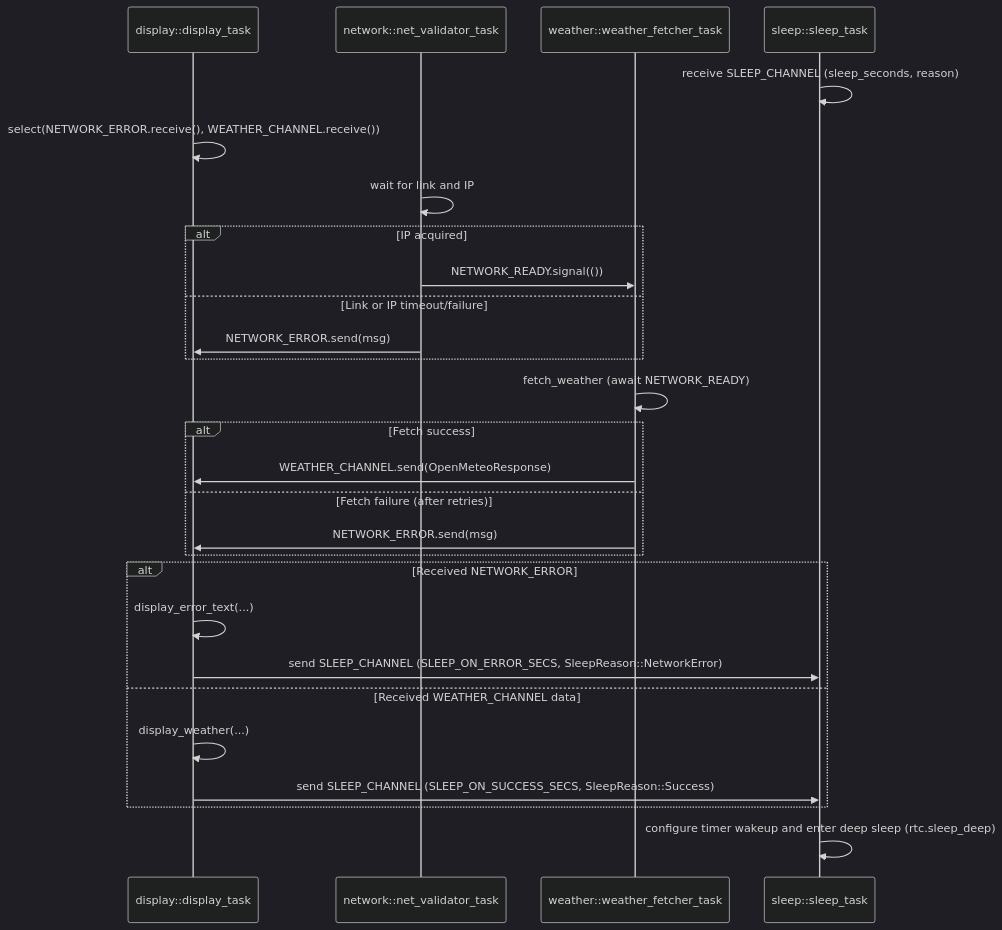
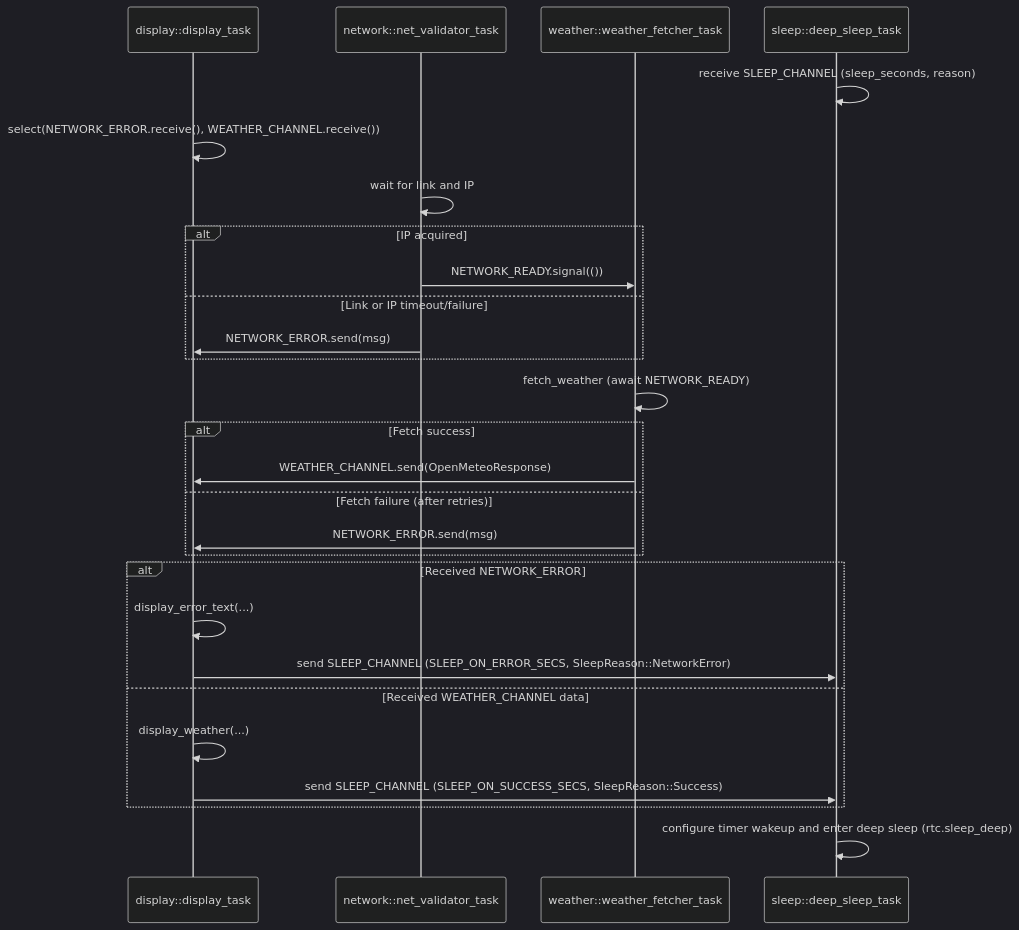
One commit to ScottCUSA/magtag_weatherstation_rs changed the second of 2 diagrams in README.md. Above: the diagram before and after it, drawn with Mermaid (dark theme).

Commit message:
refactor: update sequence diagram to rename sleep_task to deep_sleep_task for clarity

````diff
--- a/README.md
+++ b/README.md
@@ -176,34 +176,34 @@
 ```mermaid
 sequenceDiagram
    participant Display as display::display_task
    participant NetValidator as network::net_validator_task
    participant Weather as weather::weather_fetcher_task
-   participant Sleep as sleep::sleep_task
+   participant Sleep as sleep::deep_sleep_task
 
    Sleep->>Sleep: receive SLEEP_CHANNEL (sleep_seconds, reason)
    Display->>Display: select(NETWORK_ERROR.receive(), WEATHER_CHANNEL.receive())
 
    NetValidator->>NetValidator: wait for link and IP
    alt IP acquired
       NetValidator->>Weather: NETWORK_READY.signal(())
    else Link or IP timeout/failure
       NetValidator->>Display: NETWORK_ERROR.send(msg)
    end
 
    Weather->>Weather: fetch_weather (await NETWORK_READY)
    alt Fetch success
       Weather->>Display: WEATHER_CHANNEL.send(OpenMeteoResponse)
    else Fetch failure (after retries)
       Weather->>Display: NETWORK_ERROR.send(msg)
    end
    
    alt Received NETWORK_ERROR
       Display->>Display: display_error_text(...)
       Display->>Sleep: send SLEEP_CHANNEL (SLEEP_ON_ERROR_SECS, SleepReason::NetworkError)
    else Received WEATHER_CHANNEL data
       Display->>Display: display_weather(...)
       Display->>Sleep: send SLEEP_CHANNEL (SLEEP_ON_SUCCESS_SECS, SleepReason::Success)
    end
    
    Sleep->>Sleep: configure timer wakeup and enter deep sleep (rtc.sleep_deep)
 ```
````
